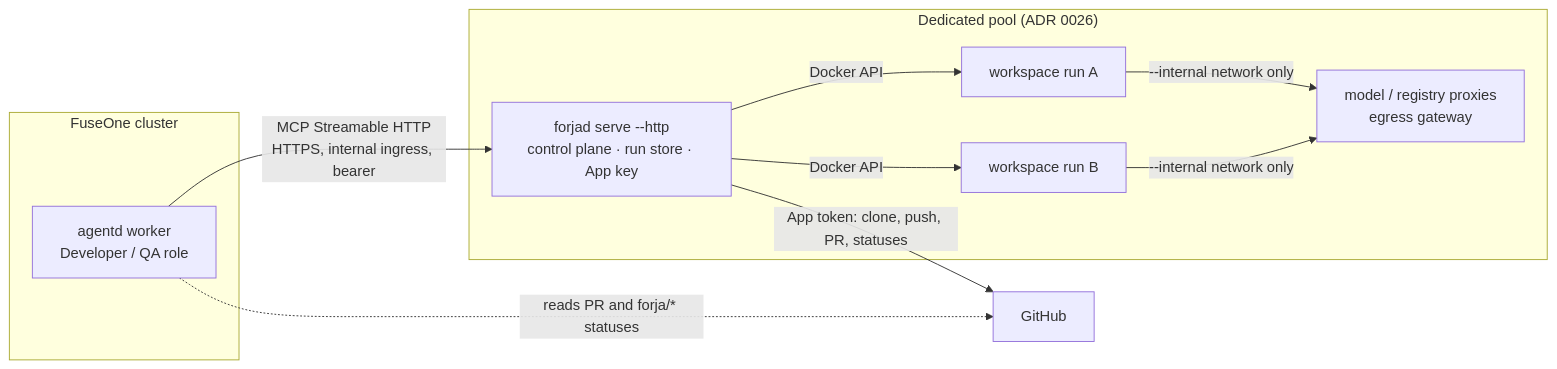
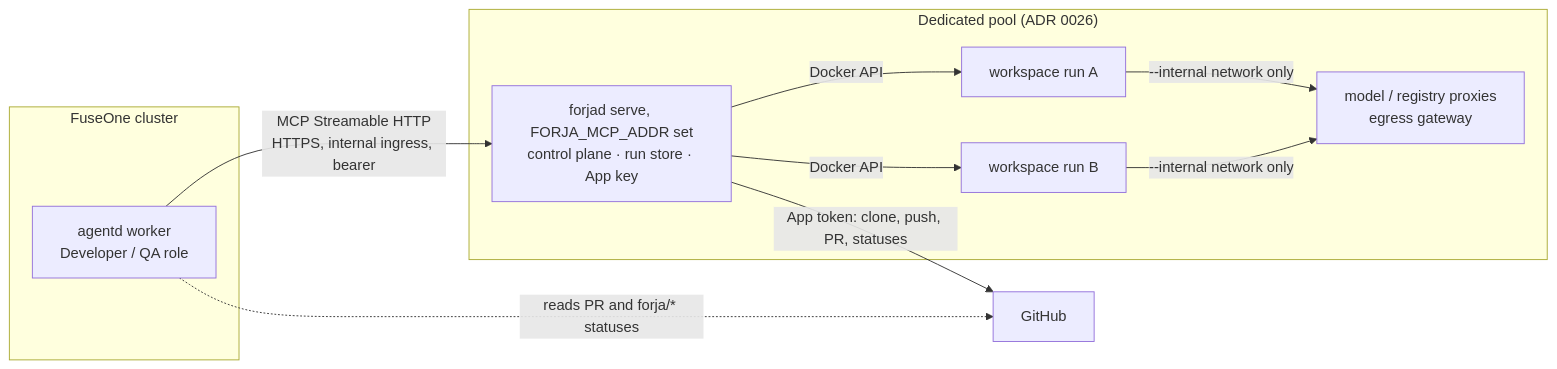
Before and after one commit to fuseone-io/fuseone-forja: the diagram in docs/roadmap.md, drawn with Mermaid. The commit also changed other lines of this file, not shown here.

First line of the commit message:
docs(roadmap): align the transport section with ADR 0052

````diff
--- a/docs/roadmap.md
+++ b/docs/roadmap.md
@@ -53,18 +53,18 @@
 ```mermaid
 flowchart LR
     subgraph fuseone["FuseOne cluster"]
         worker["agentd worker<br/>Developer / QA role"]
     end
     subgraph pool["Dedicated pool (ADR 0026)"]
-        forjad["forjad serve --http<br/>control plane · run store · App key"]
+        forjad["forjad serve, FORJA_MCP_ADDR set<br/>control plane · run store · App key"]
         proxies["model / registry proxies<br/>egress gateway"]
         ws1["workspace run A"]
         ws2["workspace run B"]
     end
     gh["GitHub"]
     worker -- "MCP Streamable HTTP<br/>HTTPS, internal ingress, bearer" --> forjad
     forjad -- "Docker API" --> ws1 & ws2
     ws1 & ws2 -- "--internal network only" --> proxies
     forjad -- "App token: clone, push, PR, statuses" --> gh
     worker -. "reads PR and forja/* statuses" .-> gh
 ```
````
